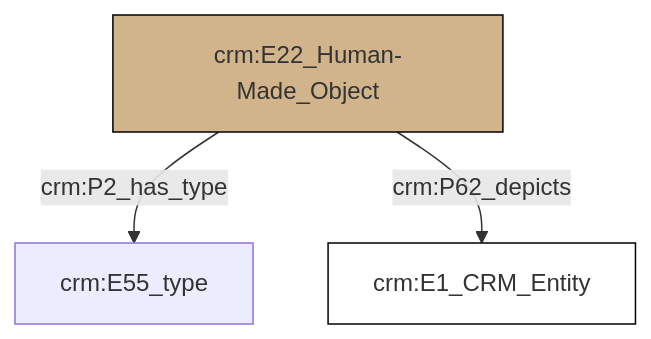
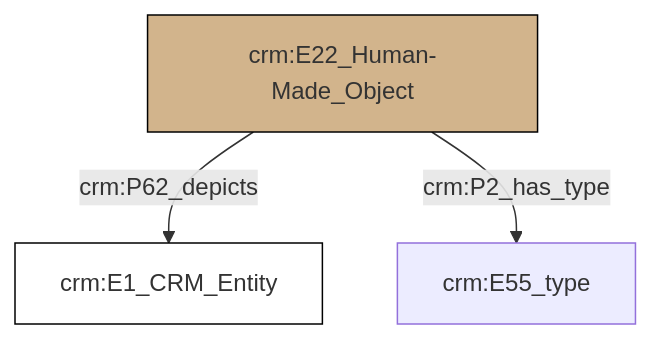
One commit to swiss-art-research-net/reference-data-models changed the diagram in et/artworkCSV/ttl/mmd/Artwork_subject.ttl.mmd. Above: the diagram before and after it, drawn with Mermaid. The commit also changed 150 other files, not shown here.

```diff
--- a/et/artworkCSV/ttl/mmd/Artwork_subject.ttl.mmd
+++ b/et/artworkCSV/ttl/mmd/Artwork_subject.ttl.mmd
@@ -1,17 +1,17 @@
 graph TD
 classDef Literal fill:#f2f2f2,stroke:#000000;
 classDef CRM_Entity fill:#FFFFFF,stroke:#000000;
 classDef Temporal_Entity fill:#00C9E6, stroke:#000000;
 classDef Type fill:#E18312, stroke:#000000;
 classDef Time-Span fill:#2C9C91, stroke:#000000;
 classDef Appellation fill:#FFEB7F, stroke:#000000;
 classDef Place fill:#008836, stroke:#000000;
 classDef Persistent_Item fill:#B266B2, stroke:#000000;
 classDef Conceptual_Object fill:#FFD700, stroke:#000000;
 classDef Physical_Thing fill:#D2B48C, stroke:#000000;
 classDef Actor fill:#f58aad, stroke:#000000;
 classDef PC_Classes fill:#4ce600, stroke:#000000;
 classDef Multi fill:#cccccc,stroke:#000000;
 
+0["crm:E22_Human-Made_Object"]:::Physical_Thing -->|crm:P62_depicts| 1["crm:E1_CRM_Entity"]:::CRM_Entity
 0["crm:E22_Human-Made_Object"]:::Physical_Thing -->|crm:P2_has_type| 2["crm:E55_type"]:::Default
-0["crm:E22_Human-Made_Object"]:::Physical_Thing -->|crm:P62_depicts| 3["crm:E1_CRM_Entity"]:::CRM_Entity
```
